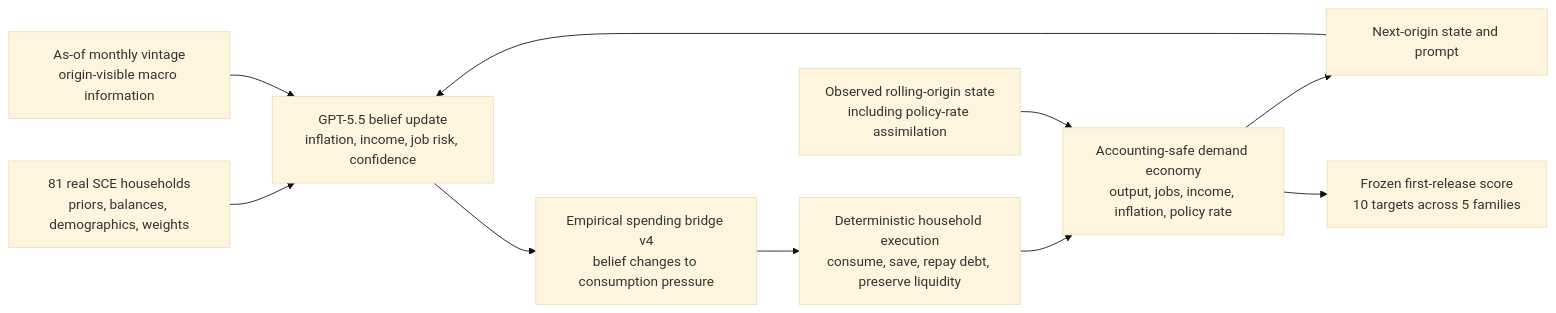
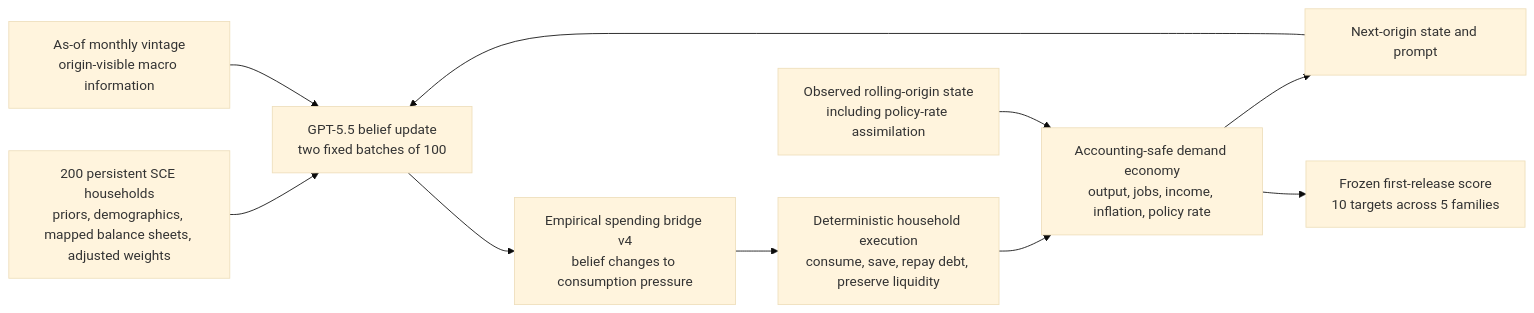
One commit to strangeloopcanon/macro-llm-tournament changed the diagram in README.md. Above: the diagram before and after it, drawn with Mermaid (base theme). The commit also changed other lines of this file and 12 other files, not shown here.

````diff
--- a/README.md
+++ b/README.md
@@ -14,12 +14,12 @@
 ```mermaid
 flowchart LR
-  A["81 real SCE households<br/>priors, balances, demographics, weights"] --> B["GPT-5.5 belief update<br/>inflation, income, job risk, confidence"]
+  A["200 persistent SCE households<br/>priors, demographics, mapped balance sheets, adjusted weights"] --> B["GPT-5.5 belief update<br/>two fixed batches of 100"]
   V["As-of monthly vintage<br/>origin-visible macro information"] --> B
   B --> C["Empirical spending bridge v4<br/>belief changes to consumption pressure"]
   C --> D["Deterministic household execution<br/>consume, save, repay debt, preserve liquidity"]
   D --> E["Accounting-safe demand economy<br/>output, jobs, income, inflation, policy rate"]
   E --> F["Next-origin state and prompt"]
   F --> B
   O["Observed rolling-origin state<br/>including policy-rate assimilation"] --> E
   E --> S["Frozen first-release score<br/>10 targets across 5 families"]
 ```
````
